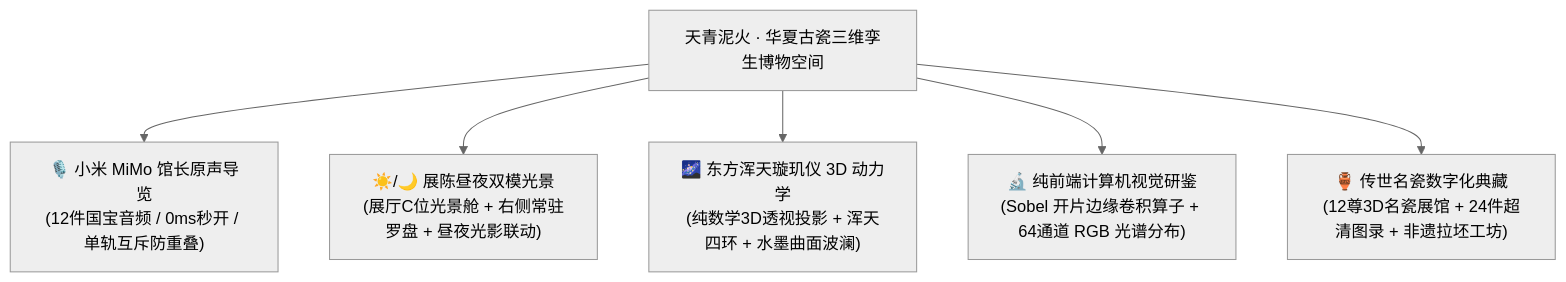
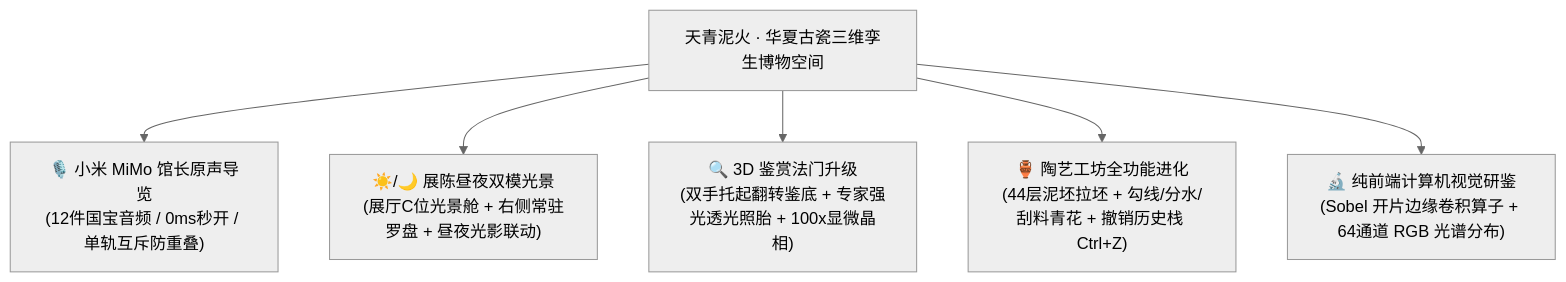
The diagram in README.md (SherlockYzz/Memories-of-Chinese-Porcelain-Web), drawn with Mermaid (neutral theme) before and after one commit. The commit also changed other lines of this file and 6 other files, not shown here.

````diff
--- a/README.md
+++ b/README.md
@@ -30,8 +30,8 @@
 ```mermaid
 flowchart TD
     A["天青泥火 · 华夏古瓷三维孪生博物空间"] --> B["🎙️ 小米 MiMo 馆长原声导览<br/>(12件国宝音频 / 0ms秒开 / 单轨互斥防重叠)"]
     A --> C["☀️/🌙 展陈昼夜双模光景<br/>(展厅C位光景舱 + 右侧常驻罗盘 + 昼夜光影联动)"]
-    A --> D["🌌 东方浑天璇玑仪 3D 动力学<br/>(纯数学3D透视投影 + 浑天四环 + 水墨曲面波澜)"]
-    A --> E["🔬 纯前端计算机视觉研鉴<br/>(Sobel 开片边缘卷积算子 + 64通道 RGB 光谱分布)"]
-    A --> F["🏺 传世名瓷数字化典藏<br/>(12尊3D名瓷展馆 + 24件超清图录 + 非遗拉坯工坊)"]
+    A --> D["🔍 3D 鉴赏法门升级<br/>(双手托起翻转鉴底 + 专家强光透光照胎 + 100x显微晶相)"]
+    A --> E["🏺 陶艺工坊全功能进化<br/>(44层泥坯拉坯 + 勾线/分水/刮料青花 + 撤销历史栈 Ctrl+Z)"]
+    A --> F["🔬 纯前端计算机视觉研鉴<br/>(Sobel 开片边缘卷积算子 + 64通道 RGB 光谱分布)"]
 ```
````
